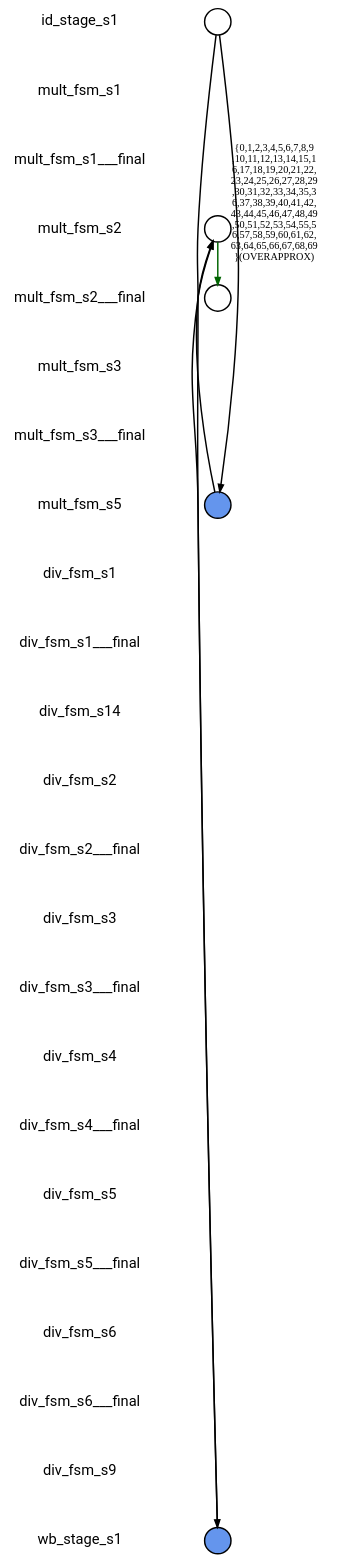
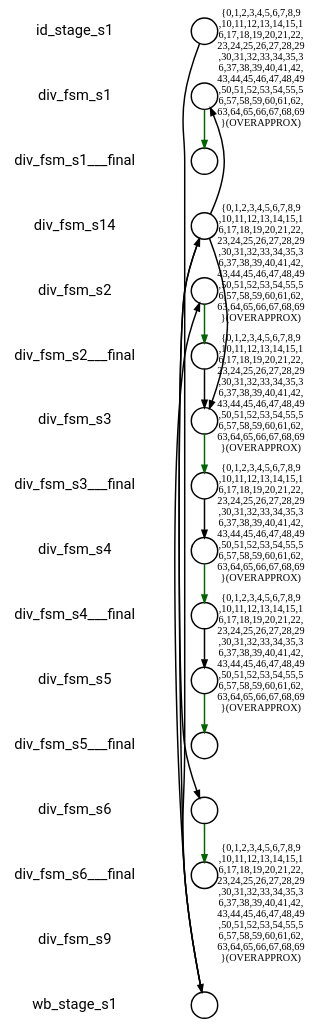
One commit to naomipark3/SynthLC changed the diagram in fv/synthlc/i_DIV_out/xSummarize/nonisograph/com_5_0.dot. Above: the diagram before and after it, drawn with Graphviz. The commit also changed 38807 other files, not shown here.

```diff
--- a/fv/synthlc/i_DIV_out/xSummarize/nonisograph/com_5_0.dot
+++ b/fv/synthlc/i_DIV_out/xSummarize/nonisograph/com_5_0.dot
@@ -1,90 +1,176 @@
 
 digraph G {
     edge [penwidth=2];
     node [ shape=box, fontsize=20, penwidth=2, fontname="roboto"];
     esep=0.5;
     layout=neato;
     overlap=scale;
     splines=true;
 
 l_id_stage_s1 [label="id_stage_s1"; pos="0,-0!"; shape=none];
 
-l_mult_fsm_s1 [label="mult_fsm_s1"; pos="0,-1!"; shape=none];
+l_div_fsm_s1 [label="div_fsm_s1"; pos="0,-1!"; shape=none];
 
-l_mult_fsm_s1___final [label="mult_fsm_s1___final"; pos="0,-2!"; shape=none];
+l_div_fsm_s1___final [label="div_fsm_s1___final"; pos="0,-2!"; shape=none];
 
-l_mult_fsm_s2 [label="mult_fsm_s2"; pos="0,-3!"; shape=none];
+l_div_fsm_s14 [label="div_fsm_s14"; pos="0,-3!"; shape=none];
 
-l_mult_fsm_s2___final [label="mult_fsm_s2___final"; pos="0,-4!"; shape=none];
+l_div_fsm_s2 [label="div_fsm_s2"; pos="0,-4!"; shape=none];
 
-l_mult_fsm_s3 [label="mult_fsm_s3"; pos="0,-5!"; shape=none];
+l_div_fsm_s2___final [label="div_fsm_s2___final"; pos="0,-5!"; shape=none];
 
-l_mult_fsm_s3___final [label="mult_fsm_s3___final"; pos="0,-6!"; shape=none];
+l_div_fsm_s3 [label="div_fsm_s3"; pos="0,-6!"; shape=none];
 
-l_mult_fsm_s5 [label="mult_fsm_s5"; pos="0,-7!"; shape=none];
+l_div_fsm_s3___final [label="div_fsm_s3___final"; pos="0,-7!"; shape=none];
 
-l_div_fsm_s1 [label="div_fsm_s1"; pos="0,-8!"; shape=none];
+l_div_fsm_s4 [label="div_fsm_s4"; pos="0,-8!"; shape=none];
 
-l_div_fsm_s1___final [label="div_fsm_s1___final"; pos="0,-9!"; shape=none];
+l_div_fsm_s4___final [label="div_fsm_s4___final"; pos="0,-9!"; shape=none];
 
-l_div_fsm_s14 [label="div_fsm_s14"; pos="0,-10!"; shape=none];
+l_div_fsm_s5 [label="div_fsm_s5"; pos="0,-10!"; shape=none];
 
-l_div_fsm_s2 [label="div_fsm_s2"; pos="0,-11!"; shape=none];
+l_div_fsm_s5___final [label="div_fsm_s5___final"; pos="0,-11!"; shape=none];
 
-l_div_fsm_s2___final [label="div_fsm_s2___final"; pos="0,-12!"; shape=none];
+l_div_fsm_s6 [label="div_fsm_s6"; pos="0,-12!"; shape=none];
 
-l_div_fsm_s3 [label="div_fsm_s3"; pos="0,-13!"; shape=none];
+l_div_fsm_s6___final [label="div_fsm_s6___final"; pos="0,-13!"; shape=none];
 
-l_div_fsm_s3___final [label="div_fsm_s3___final"; pos="0,-14!"; shape=none];
+l_div_fsm_s9 [label="div_fsm_s9"; pos="0,-14!"; shape=none];
 
-l_div_fsm_s4 [label="div_fsm_s4"; pos="0,-15!"; shape=none];
-
-l_div_fsm_s4___final [label="div_fsm_s4___final"; pos="0,-16!"; shape=none];
-
-l_div_fsm_s5 [label="div_fsm_s5"; pos="0,-17!"; shape=none];
-
-l_div_fsm_s5___final [label="div_fsm_s5___final"; pos="0,-18!"; shape=none];
-
-l_div_fsm_s6 [label="div_fsm_s6"; pos="0,-19!"; shape=none];
-
-l_div_fsm_s6___final [label="div_fsm_s6___final"; pos="0,-20!"; shape=none];
-
-l_div_fsm_s9 [label="div_fsm_s9"; pos="0,-21!"; shape=none];
-
-l_wb_stage_s1 [label="wb_stage_s1"; pos="0,-22!"; shape=none];
+l_wb_stage_s1 [label="wb_stage_s1"; pos="0,-15!"; shape=none];
 
 n_id_stage_s1 [label=""; pos="2,-0!"; shape=circle ]; 
 
 
-n_mult_fsm_s2 [label=""; pos="2,-3!"; shape=circle ]; 
+n_div_fsm_s1 [label=""; pos="2,-1!"; shape=circle ]; 
 
 
-n_mult_fsm_s5 [style=filled, color=black, fillcolor="#6495ED", label=""; pos="2,-7!"; shape=circle ]; 
+n_div_fsm_s14 [label=""; pos="2,-3!"; shape=circle ]; 
 
 
-n_wb_stage_s1 [style=filled, color=black, fillcolor="#6495ED", label=""; pos="2,-22!"; shape=circle ]; 
+n_div_fsm_s2 [label=""; pos="2,-4!"; shape=circle ]; 
 
 
-n_mult_fsm_s2___final [label=""; pos="2,-4!"; shape=circle ]; 
+n_div_fsm_s3 [label=""; pos="2,-6!"; shape=circle ]; 
 
 
-n_id_stage_s1 -> n_mult_fsm_s5 [color="black"];
+n_div_fsm_s4 [label=""; pos="2,-8!"; shape=circle ]; 
+
+
+n_div_fsm_s5 [label=""; pos="2,-10!"; shape=circle ]; 
+
+
+n_div_fsm_s6 [label=""; pos="2,-12!"; shape=circle ]; 
+
+
+n_wb_stage_s1 [label=""; pos="2,-15!"; shape=circle ]; 
+
+
+n_div_fsm_s1___final [label=""; pos="2,-2!"; shape=circle ]; 
+
+
+n_div_fsm_s2___final [label=""; pos="2,-5!"; shape=circle ]; 
+
+
+n_div_fsm_s3___final [label=""; pos="2,-7!"; shape=circle ]; 
+
+
+n_div_fsm_s4___final [label=""; pos="2,-9!"; shape=circle ]; 
+
+
+n_div_fsm_s5___final [label=""; pos="2,-11!"; shape=circle ]; 
+
+
+n_div_fsm_s6___final [label=""; pos="2,-13!"; shape=circle ]; 
+
 
 n_id_stage_s1 -> n_wb_stage_s1 [color="black"];
 
-n_mult_fsm_s2 -> n_mult_fsm_s2___final [color="#006400", label="{0,1,2,3,4,5,6,7,8,9
+n_div_fsm_s1 -> n_div_fsm_s1___final [color="#006400", label="{0,1,2,3,4,5,6,7,8,9
 ,10,11,12,13,14,15,1
 6,17,18,19,20,21,22,
 23,24,25,26,27,28,29
 ,30,31,32,33,34,35,3
 6,37,38,39,40,41,42,
 43,44,45,46,47,48,49
 ,50,51,52,53,54,55,5
 6,57,58,59,60,61,62,
 63,64,65,66,67,68,69
 }(OVERAPPROX)"];
 
-n_mult_fsm_s5 -> n_mult_fsm_s2 [color="black"];
+n_div_fsm_s14 -> n_div_fsm_s3 [color="black"];
 
-n_wb_stage_s1 -> n_mult_fsm_s2 [color="black"];
+n_div_fsm_s14 -> n_div_fsm_s6 [color="black"];
+
+n_div_fsm_s14 -> n_div_fsm_s1 [color="black"];
+
+n_div_fsm_s2 -> n_div_fsm_s2___final [color="#006400", label="{0,1,2,3,4,5,6,7,8,9
+,10,11,12,13,14,15,1
+6,17,18,19,20,21,22,
+23,24,25,26,27,28,29
+,30,31,32,33,34,35,3
+6,37,38,39,40,41,42,
+43,44,45,46,47,48,49
+,50,51,52,53,54,55,5
+6,57,58,59,60,61,62,
+63,64,65,66,67,68,69
+}(OVERAPPROX)"];
+
+n_div_fsm_s3 -> n_div_fsm_s3___final [color="#006400", label="{0,1,2,3,4,5,6,7,8,9
+,10,11,12,13,14,15,1
+6,17,18,19,20,21,22,
+23,24,25,26,27,28,29
+,30,31,32,33,34,35,3
+6,37,38,39,40,41,42,
+43,44,45,46,47,48,49
+,50,51,52,53,54,55,5
+6,57,58,59,60,61,62,
+63,64,65,66,67,68,69
+}(OVERAPPROX)"];
+
+n_div_fsm_s4 -> n_div_fsm_s4___final [color="#006400", label="{0,1,2,3,4,5,6,7,8,9
+,10,11,12,13,14,15,1
+6,17,18,19,20,21,22,
+23,24,25,26,27,28,29
+,30,31,32,33,34,35,3
+6,37,38,39,40,41,42,
+43,44,45,46,47,48,49
+,50,51,52,53,54,55,5
+6,57,58,59,60,61,62,
+63,64,65,66,67,68,69
+}(OVERAPPROX)"];
+
+n_div_fsm_s5 -> n_div_fsm_s5___final [color="#006400", label="{0,1,2,3,4,5,6,7,8,9
+,10,11,12,13,14,15,1
+6,17,18,19,20,21,22,
+23,24,25,26,27,28,29
+,30,31,32,33,34,35,3
+6,37,38,39,40,41,42,
+43,44,45,46,47,48,49
+,50,51,52,53,54,55,5
+6,57,58,59,60,61,62,
+63,64,65,66,67,68,69
+}(OVERAPPROX)"];
+
+n_div_fsm_s6 -> n_div_fsm_s6___final [color="#006400", label="{0,1,2,3,4,5,6,7,8,9
+,10,11,12,13,14,15,1
+6,17,18,19,20,21,22,
+23,24,25,26,27,28,29
+,30,31,32,33,34,35,3
+6,37,38,39,40,41,42,
+43,44,45,46,47,48,49
+,50,51,52,53,54,55,5
+6,57,58,59,60,61,62,
+63,64,65,66,67,68,69
+}(OVERAPPROX)"];
+
+n_wb_stage_s1 -> n_div_fsm_s2 [color="black"];
+
+n_wb_stage_s1 -> n_div_fsm_s14 [color="black"];
+
+n_div_fsm_s2___final -> n_div_fsm_s3 [color="black"];
+
+n_div_fsm_s3___final -> n_div_fsm_s4 [color="black"];
+
+n_div_fsm_s4___final -> n_div_fsm_s5 [color="black"];
 }
```
